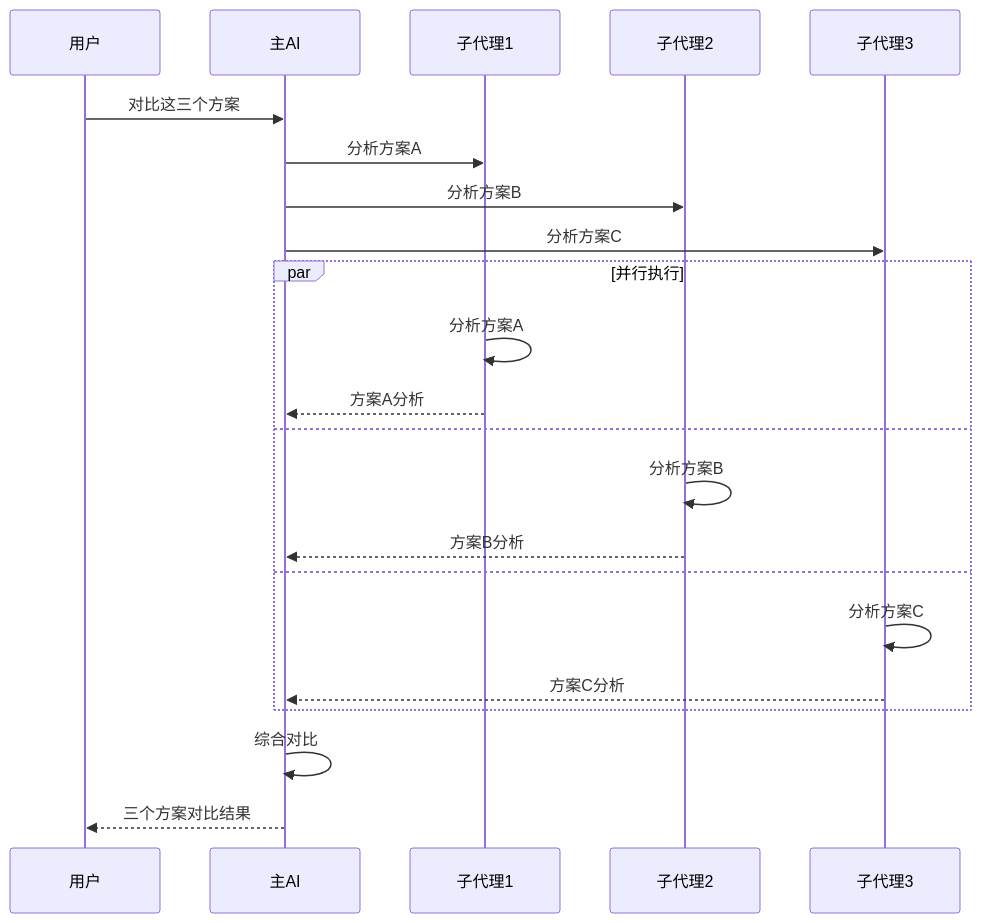
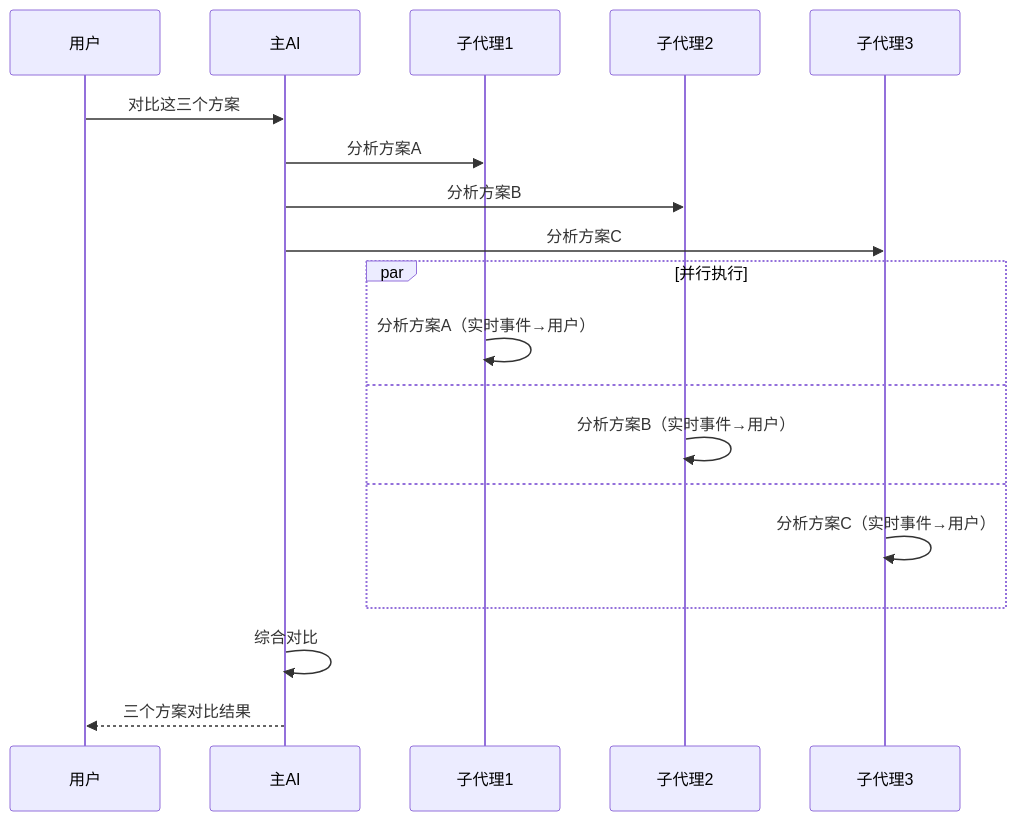
The sixth of 17 diagrams in docs/subagents.md (yeheng/nanobot-rs), drawn with Mermaid before and after one commit. The commit also changed other lines of this file and 10 other files, not shown here.

Commit message:
feat(docs): 全面更新文档以反映 v2.1 配置、工具及子代理架构变更 - 更新配置文档：新增环境变量引用、api_base 字段、Anthropic/Gemini 提供商、模型 Profile 配置及新选项 - 重构工具文档：替换 Memory 工具为 History Query 工具、新增会话管理及消息工具、新增工具审批系统说明 - 更新子代理文档：新增模型选择参数、并行执行限制、WebSocket 流式事件类型及超时配置 - 更新会话文档：新增工具审批流程 Mermaid 图及说明 - 精简部署与 FAQ 文档：日志配置改为环境变量方式、移除过时配置项

````diff
--- a/docs/subagents.md
+++ b/docs/subagents.md
@@ -172,28 +176,25 @@
 ```mermaid
 sequenceDiagram
     participant User as 用户
     participant Main as 主AI
     participant Sub1 as 子代理1
     participant Sub2 as 子代理2
     participant Sub3 as 子代理3
     
     User->>Main: 对比这三个方案
     
     Main->>Sub1: 分析方案A
     Main->>Sub2: 分析方案B
     Main->>Sub3: 分析方案C
     
     par 并行执行
-        Sub1->>Sub1: 分析方案A
-        Sub1-->>Main: 方案A分析
+        Sub1->>Sub1: 分析方案A（实时事件→用户）
     and
-        Sub2->>Sub2: 分析方案B
-        Sub2-->>Main: 方案B分析
+        Sub2->>Sub2: 分析方案B（实时事件→用户）
     and
-        Sub3->>Sub3: 分析方案C
-        Sub3-->>Main: 方案C分析
+        Sub3->>Sub3: 分析方案C（实时事件→用户）
     end
     
     Main->>Main: 综合对比
     Main-->>User: 三个方案对比结果
 ```
````
